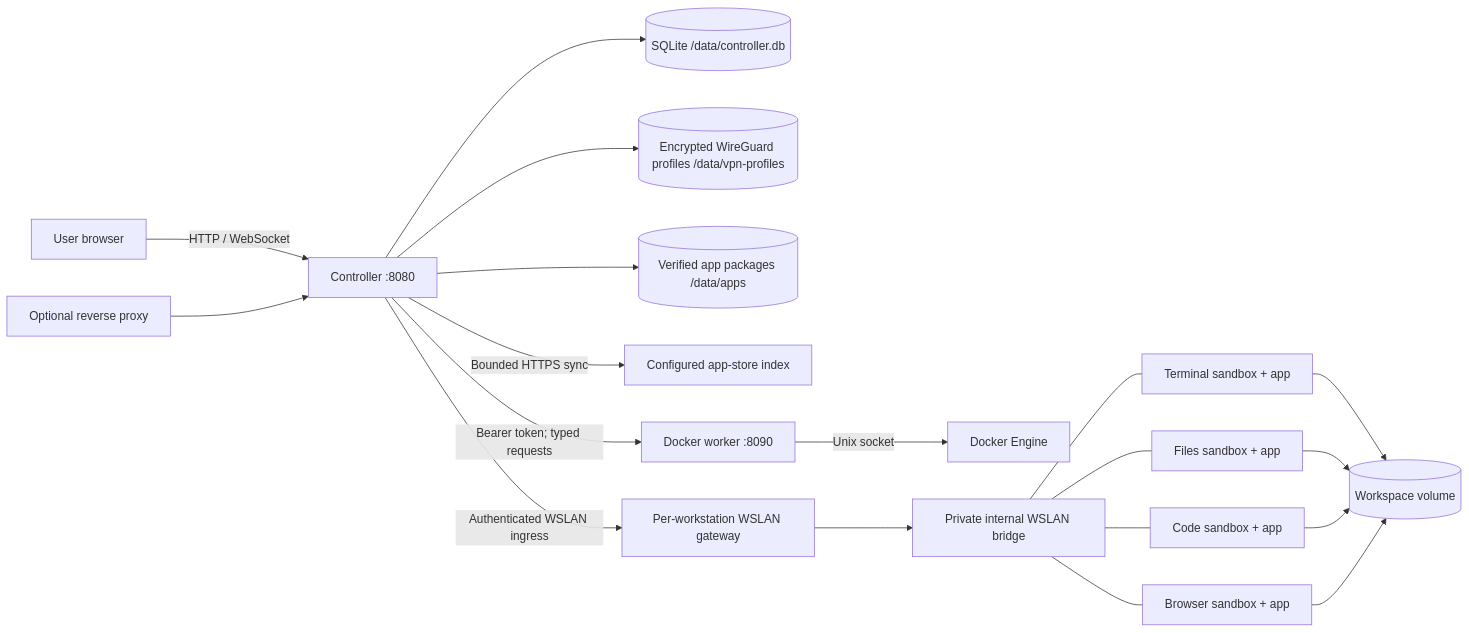
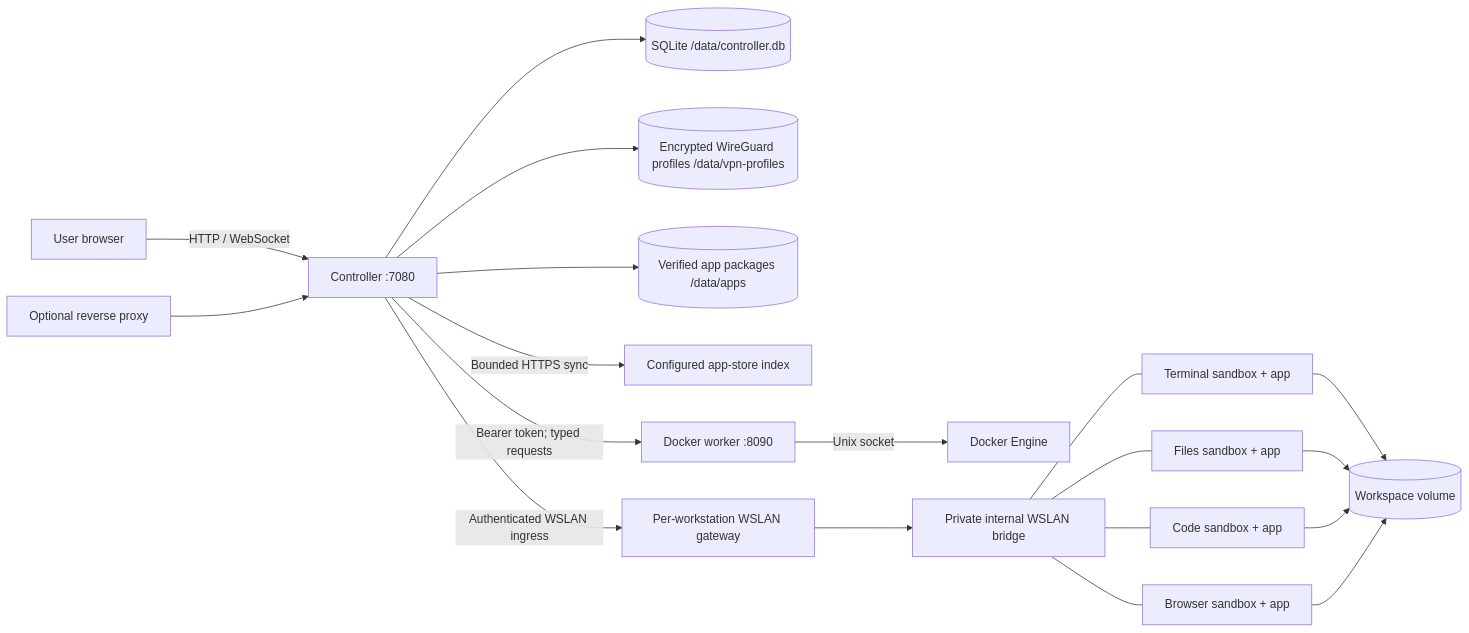
Before and after one commit to matthewsawatzky/contain-yourself: the diagram in docs/architecture.md, drawn with Mermaid. The commit also changed other lines of this file and 45 other files, not shown here.

First line of the commit message:
feat: add a new HTTP file browser for workstations

````diff
--- a/docs/architecture.md
+++ b/docs/architecture.md
@@ -5,18 +5,18 @@
 ```mermaid
 flowchart LR
-  U["User browser"] -->|"HTTP / WebSocket"| C["Controller :8080"]
+  U["User browser"] -->|"HTTP / WebSocket"| C["Controller :7080"]
   RP["Optional reverse proxy"] --> C
   C --> DB[("SQLite /data/controller.db")]
   C --> VP[("Encrypted WireGuard profiles /data/vpn-profiles")]
   C --> AS[("Verified app packages /data/apps")]
   C -->|"Bounded HTTPS sync"| CAT["Configured app-store index"]
   C -->|"Bearer token; typed requests"| W["Docker worker :8090"]
   W -->|"Unix socket"| D["Docker Engine"]
   C -->|"Authenticated WSLAN ingress"| G["Per-workstation WSLAN gateway"]
   G --> N["Private internal WSLAN bridge"]
   N --- T["Terminal sandbox + app"]
   N --- F["Files sandbox + app"]
   N --- E["Code sandbox + app"]
   N --- B["Browser sandbox + app"]
   T & F & E & B --> V[("Workspace volume")]
 ```
````
